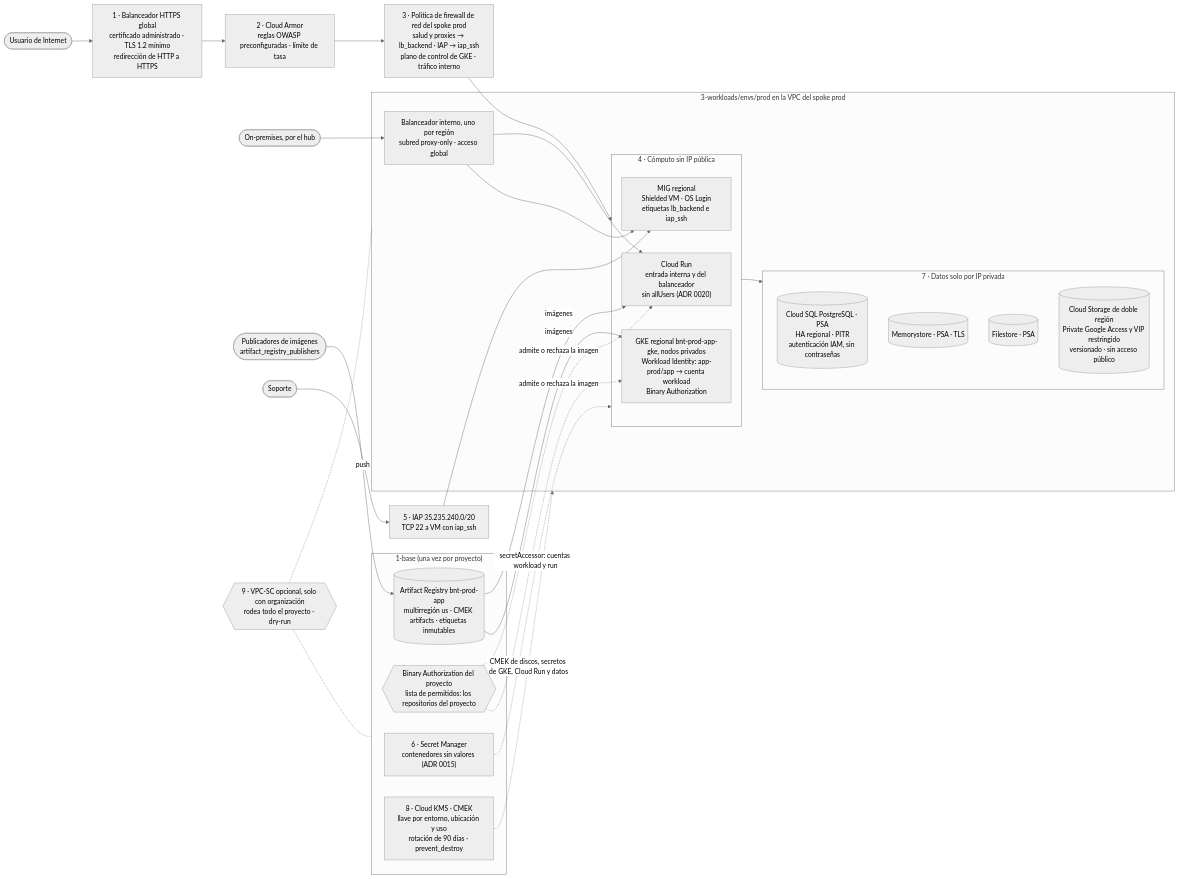
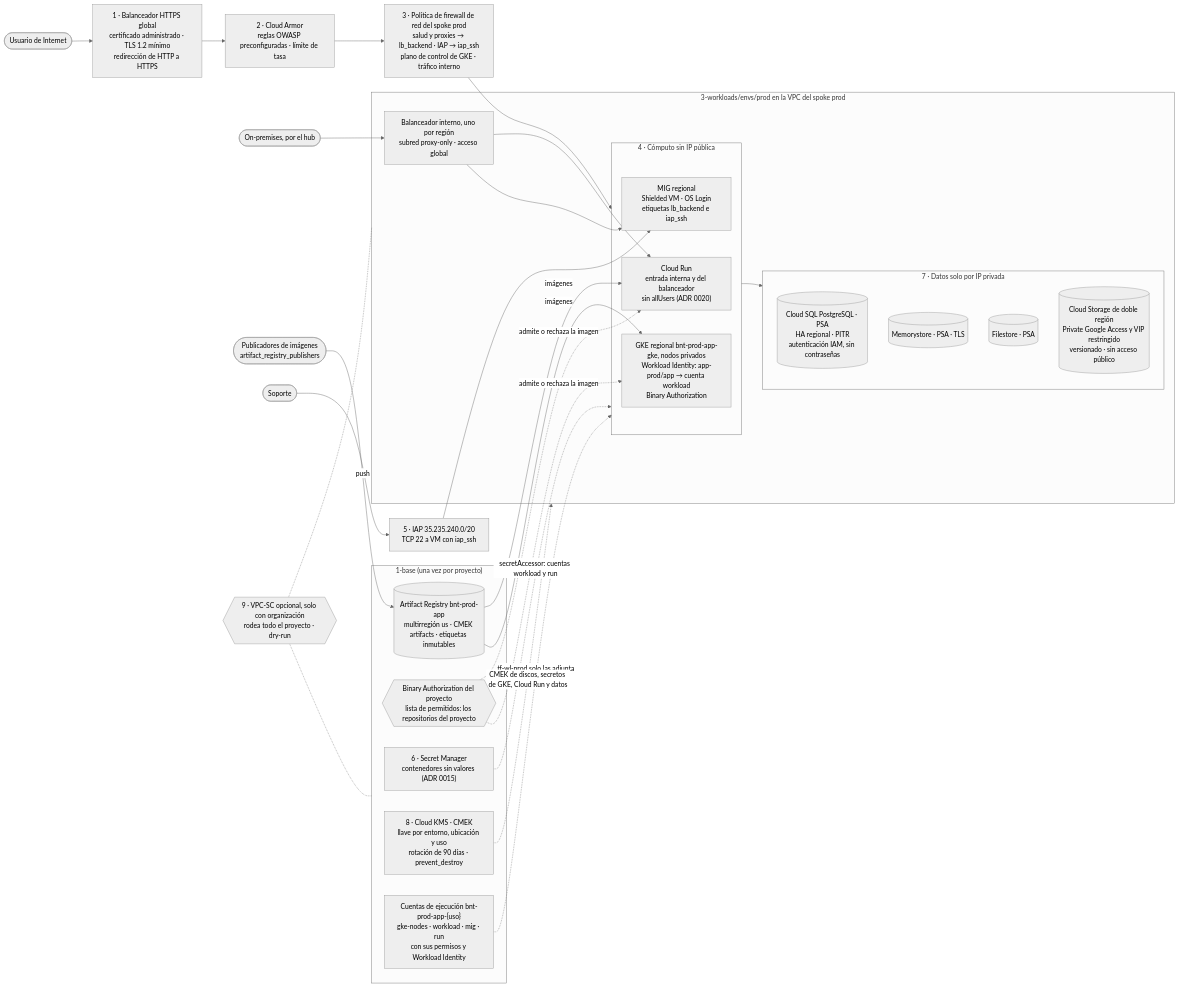
Before and after one commit to jadrianlg16/reto-banorte-gcp-terraform: the diagram in gcp-datacenter/docs/diagramas/03-aplicacion-y-proteccion-de-datos.md, drawn with Mermaid (neutral theme). The commit also changed other lines of this file and 28 other files, not shown here.

Commit message:
R3 conciliación: README, pruebas, políticas y módulos con el código final; diagramas 02, 04 y 05 regenerados (VM DNS, cuentas de ejecución de 1-base, WIF desde main); plan de rediseño con R0 a R3 hechos y 131 marcadores

````diff
--- a/gcp-datacenter/docs/diagramas/03-aplicacion-y-proteccion-de-datos.md
+++ b/gcp-datacenter/docs/diagramas/03-aplicacion-y-proteccion-de-datos.md
@@ -12,49 +12,51 @@
 ```mermaid
 flowchart LR
   user(["Usuario de Internet"])
   xlb["1 · Balanceador HTTPS global<br/>certificado administrado · TLS 1.2 mínimo<br/>redirección de HTTP a HTTPS"]
   armor["2 · Cloud Armor<br/>reglas OWASP preconfiguradas · límite de tasa"]
   fw["3 · Política de firewall de red del spoke prod<br/>salud y proxies → lb_backend · IAP → iap_ssh<br/>plano de control de GKE · tráfico interno"]
   user --> xlb --> armor --> fw
 
   subgraph APP["3-workloads/envs/prod en la VPC del spoke prod"]
     subgraph COMP["4 · Cómputo sin IP pública"]
       run["Cloud Run<br/>entrada interna y del balanceador<br/>sin allUsers (ADR 0020)"]
       mig["MIG regional<br/>Shielded VM · OS Login<br/>etiquetas lb_backend e iap_ssh"]
       gke["GKE regional bnt-prod-app-gke, nodos privados<br/>Workload Identity: app-prod/app → cuenta workload<br/>Binary Authorization"]
     end
     ilb["Balanceador interno, uno por región<br/>subred proxy-only · acceso global"]
     subgraph DATA["7 · Datos solo por IP privada"]
       sql[("Cloud SQL PostgreSQL · PSA<br/>HA regional · PITR<br/>autenticación IAM, sin contraseñas")]
       redis[("Memorystore · PSA · TLS")]
       nfs[("Filestore · PSA")]
       gcs[("Cloud Storage de doble región<br/>Private Google Access y VIP restringido<br/>versionado · sin acceso público")]
     end
   end
 
   fw --> COMP
   COMP --> DATA
   onprem(["On-premises, por el hub"]) --> ilb
   ilb --> run
   ilb --> mig
 
   subgraph BASE["1-base (una vez por proyecto)"]
     ar[("Artifact Registry bnt-prod-app<br/>multirregión us · CMEK artifacts · etiquetas inmutables")]
     binauthz{{"Binary Authorization del proyecto<br/>lista de permitidos: los repositorios del proyecto"}}
     sm["6 · Secret Manager<br/>contenedores sin valores (ADR 0015)"]
     kms["8 · Cloud KMS · CMEK<br/>llave por entorno, ubicación y uso<br/>rotación de 90 días · prevent_destroy"]
+    rsa["Cuentas de ejecución bnt-prod-app-{uso}<br/>gke-nodes · workload · mig · run<br/>con sus permisos y Workload Identity"]
   end
+  rsa -. "tf-wl-prod solo las adjunta" .-> COMP
 
   pub(["Publicadores de imágenes<br/>artifact_registry_publishers"]) -- "push" --> ar
   ar -- "imágenes" --> run
   ar -- "imágenes" --> gke
   binauthz -. "admite o rechaza la imagen" .-> run
   binauthz -. "admite o rechaza la imagen" .-> gke
   support(["Soporte"]) --> iap["5 · IAP 35.235.240.0/20<br/>TCP 22 a VM con iap_ssh"] --> mig
   sm -. "secretAccessor: cuentas workload y run" .-> COMP
   kms -. "CMEK de discos, secretos de GKE, Cloud Run y datos" .-> APP
 
   perim{{"9 · VPC-SC opcional, solo con organización<br/>rodea todo el proyecto · dry-run"}}
   perim -.- APP
   perim -.- BASE
 ```
````
